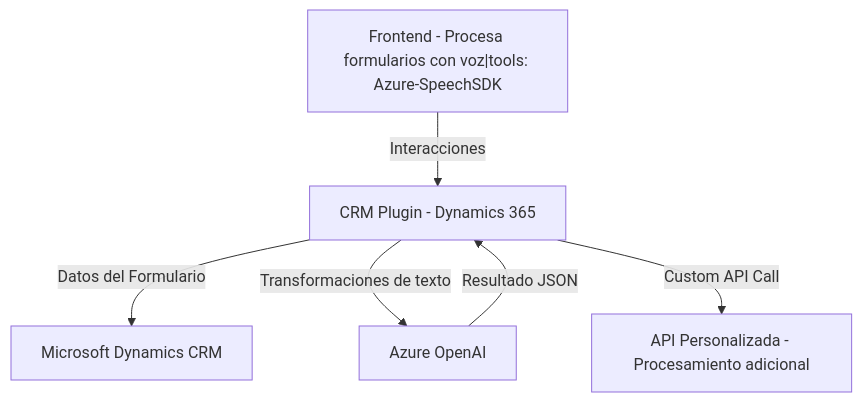
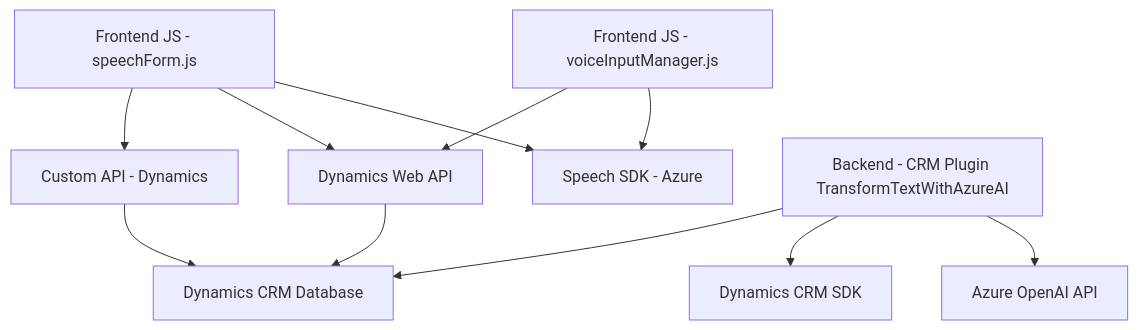
The diagram in README.md (blopezdm/NETCORE_BILBAO2025), drawn with Mermaid before and after one commit. The commit also changed other lines of this file, not shown here.

Commit message:
Actualizar análisis global de la solución con IA

````diff
--- a/README.md
+++ b/README.md
@@ -43,8 +40,13 @@
 ```mermaid
 graph TD
-    A["Frontend - Procesa formularios con voz|tools: Azure-SpeechSDK"] --> |Interacciones| B["CRM Plugin - Dynamics 365"]
-    B --> |Datos del Formulario| C["Microsoft Dynamics CRM"]
-    B --> |Transformaciones de texto| D["Azure OpenAI"]
-    D --> |Resultado JSON| B
-    B --> |Custom API Call| E["API Personalizada - Procesamiento adicional"]
+    A["Frontend JS - voiceInputManager.js"] --> B["Speech SDK - Azure"]
+    A --> C["Dynamics Web API"]
+    D["Frontend JS - speechForm.js"] --> B
+    D --> C
+    D --> E["Custom API - Dynamics"]
+    F["Backend - CRM Plugin TransformTextWithAzureAI"] --> G["Azure OpenAI API"]
+    F --> H["Dynamics CRM SDK"]
+    F --> I["Dynamics CRM Database"]
+    C --> I
+    E --> I
 ```
````
